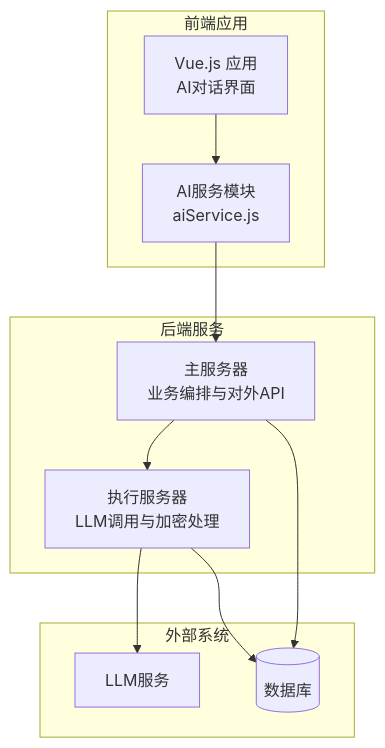
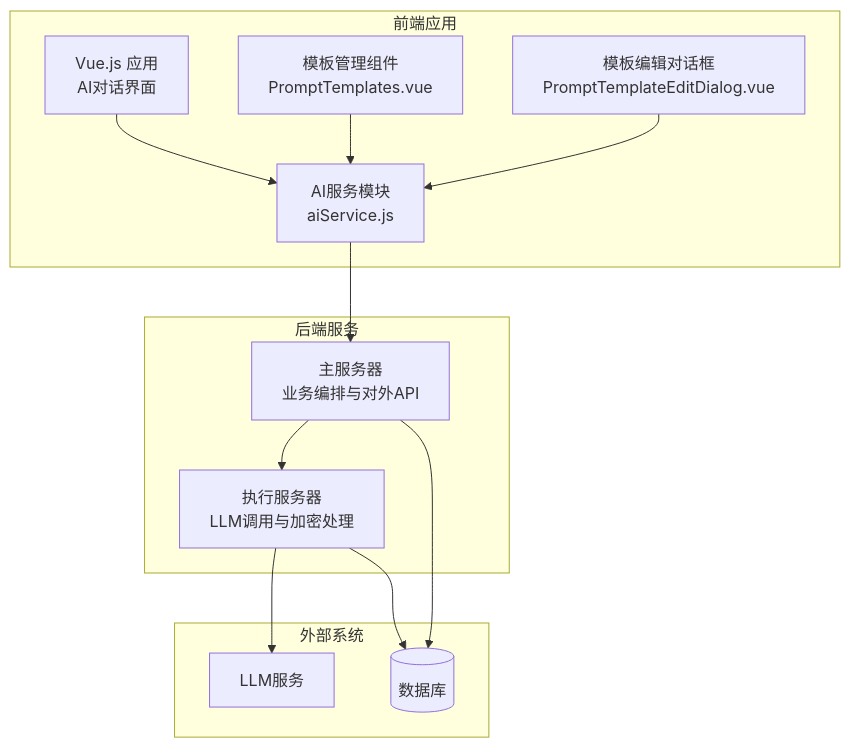
Before and after one commit to liuzh2008/med_ai_assistant_workspace: the first of 8 diagrams in .qoder/repowiki/zh/content/核心功能模块/AI诊断辅助系统.md, drawn with Mermaid. The commit also changed other lines of this file and 2 other files, not shown here.

````diff
--- a/.qoder/repowiki/zh/content/核心功能模块/AI诊断辅助系统.md
+++ b/.qoder/repowiki/zh/content/核心功能模块/AI诊断辅助系统.md
@@ -53,21 +57,25 @@
 ```mermaid
 graph TB
 subgraph "后端服务"
 Main["主服务器<br/>业务编排与对外API"]
 Exec["执行服务器<br/>LLM调用与加密处理"]
 end
 subgraph "前端应用"
 VueApp["Vue.js 应用<br/>AI对话界面"]
 AIService["AI服务模块<br/>aiService.js"]
+PromptTemplates["模板管理组件<br/>PromptTemplates.vue"]
+PromptEditor["模板编辑对话框<br/>PromptTemplateEditDialog.vue"]
 end
 subgraph "外部系统"
 LLM["LLM服务"]
 DB[("数据库")]
 end
 VueApp --> AIService
 AIService --> Main
 Main --> Exec
 Exec --> LLM
 Main --> DB
 Exec --> DB
+PromptTemplates --> AIService
+PromptEditor --> AIService
 ```
````
